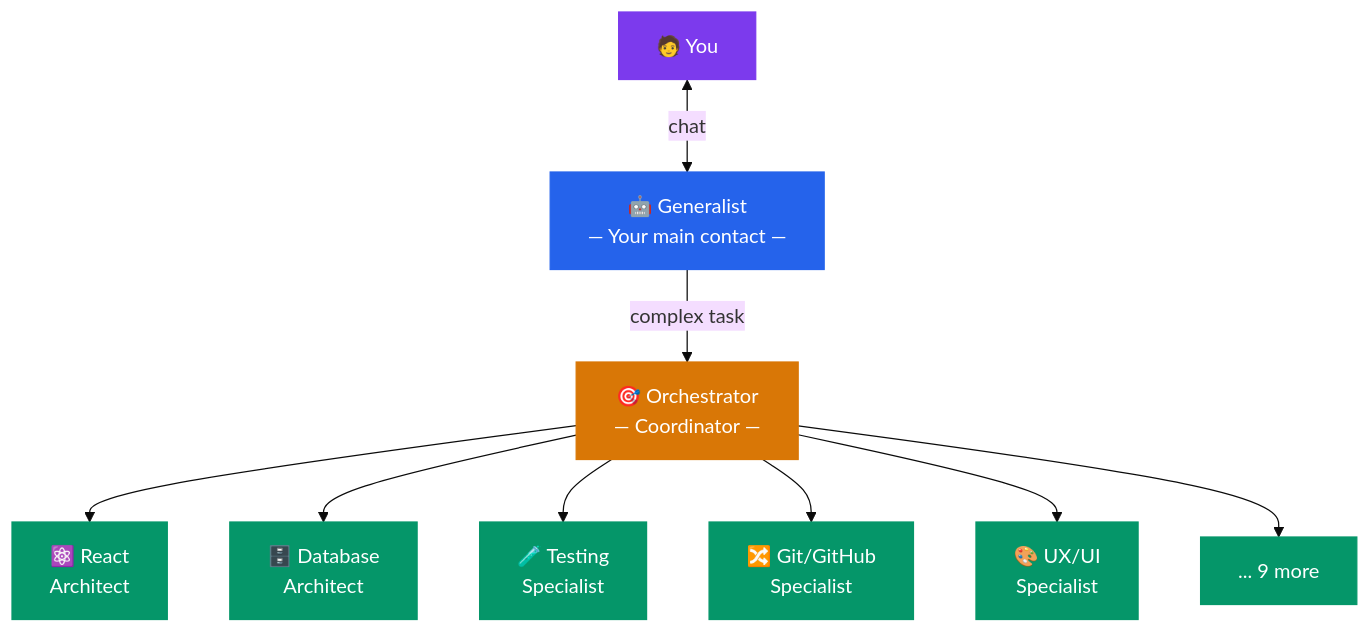
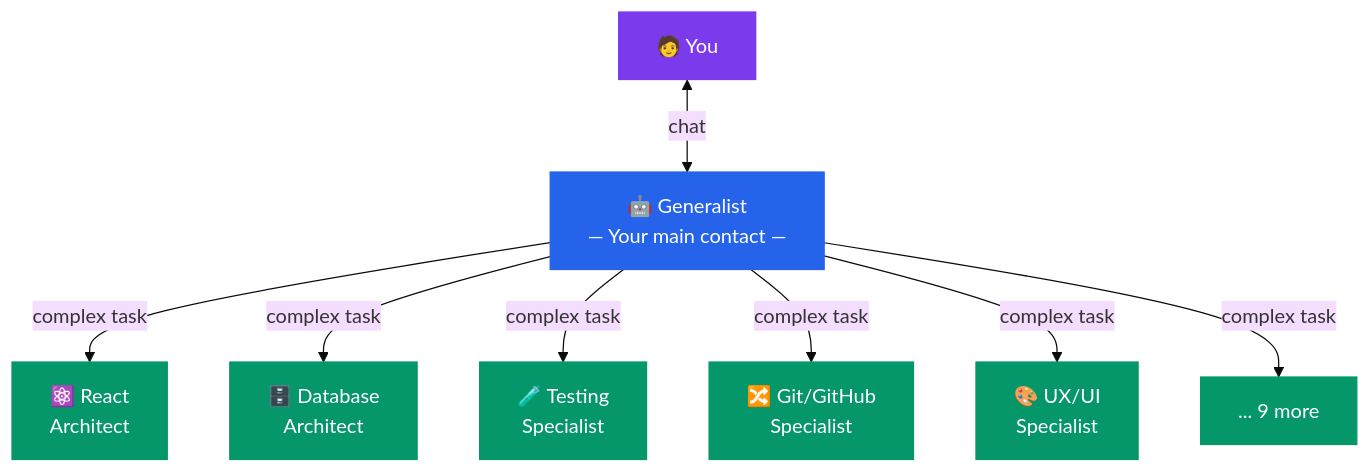
Before and after one commit to unosquare-eduardotorres/CodeAtelier: the first of 2 diagrams in src/renderer/src/content/help/team.md, drawn with Mermaid (base theme). The commit also changed other lines of this file and 65 other files, not shown here.

````diff
--- a/src/renderer/src/content/help/team.md
+++ b/src/renderer/src/content/help/team.md
@@ -21,21 +19,19 @@
 ```mermaid
 flowchart TD
   You["🧑 You"] <-->|"chat"| Gen["🤖 Generalist\n— Your main contact —"]
-  Gen -->|"complex task"| Orch["🎯 Orchestrator\n— Coordinator —"]
-  Orch --> S1["⚛️ React\nArchitect"]
-  Orch --> S2["🗄️ Database\nArchitect"]
-  Orch --> S3["🧪 Testing\nSpecialist"]
-  Orch --> S4["🔀 Git/GitHub\nSpecialist"]
-  Orch --> S5["🎨 UX/UI\nSpecialist"]
-  Orch --> Sn["... 9 more"]
+  Gen -->|"complex task"| S1["⚛️ React\nArchitect"]
+  Gen -->|"complex task"| S2["🗄️ Database\nArchitect"]
+  Gen -->|"complex task"| S3["🧪 Testing\nSpecialist"]
+  Gen -->|"complex task"| S4["🔀 Git/GitHub\nSpecialist"]
+  Gen -->|"complex task"| S5["🎨 UX/UI\nSpecialist"]
+  Gen -->|"complex task"| Sn["... 9 more"]
 
   style You fill:#7c3aed,color:#fff,stroke:#7c3aed
   style Gen fill:#2563eb,color:#fff,stroke:#2563eb
-  style Orch fill:#d97706,color:#fff,stroke:#d97706
   style S1 fill:#059669,color:#fff,stroke:#059669
   style S2 fill:#059669,color:#fff,stroke:#059669
   style S3 fill:#059669,color:#fff,stroke:#059669
   style S4 fill:#059669,color:#fff,stroke:#059669
   style S5 fill:#059669,color:#fff,stroke:#059669
   style Sn fill:#059669,color:#fff,stroke:#059669
 ```
````
